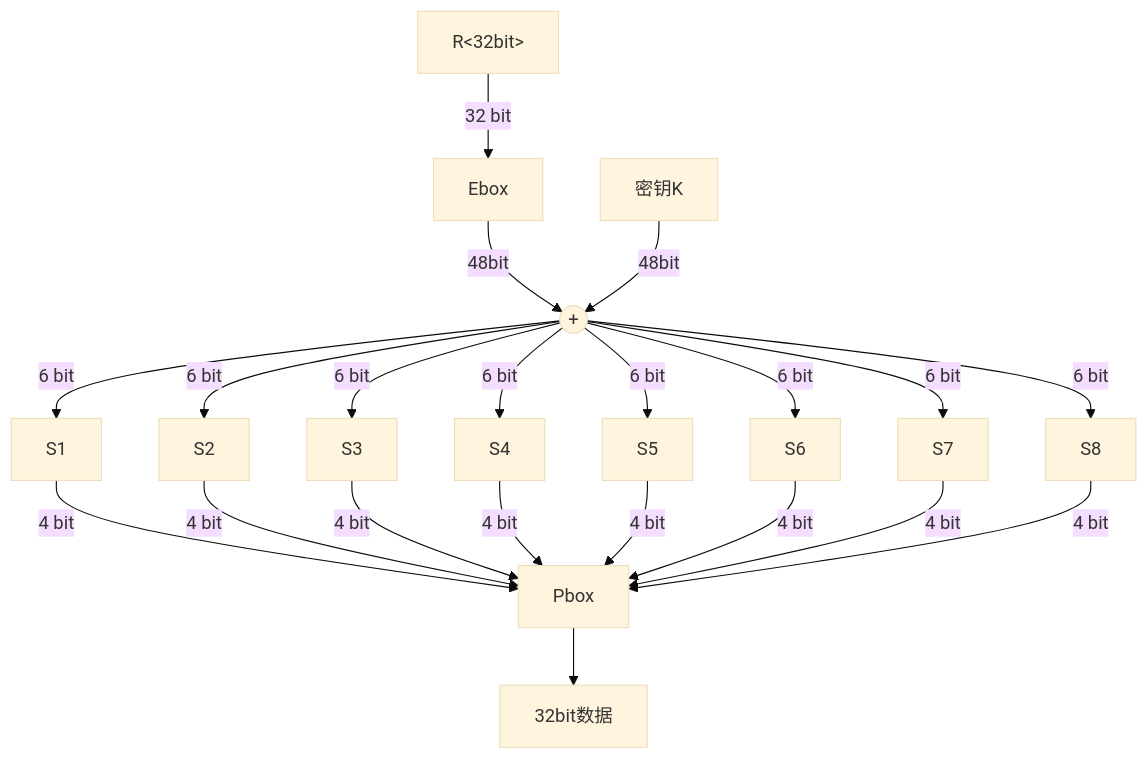
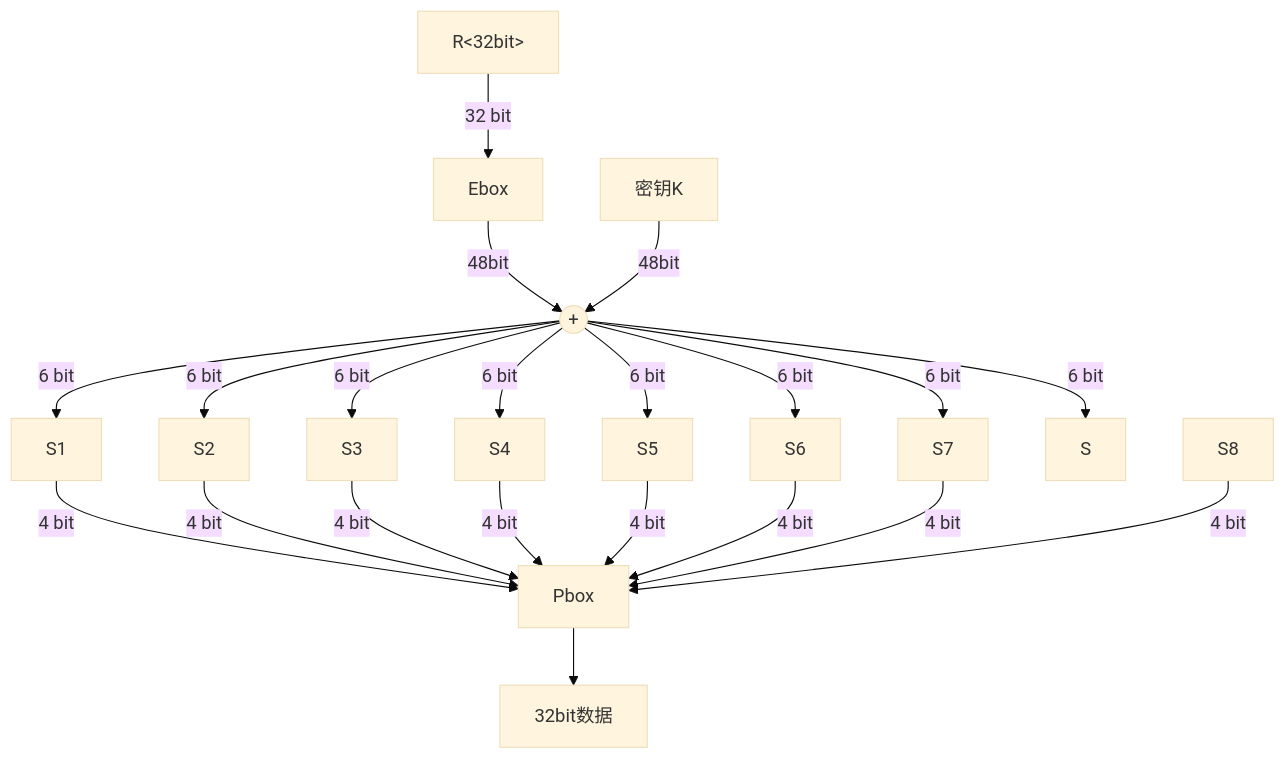
Before and after one commit to ztracer/ztracer.github.io: the second of 2 diagrams in _posts/2024-04-26-cryptography.markdown, drawn with Mermaid (base theme). The commit also changed other lines of this file, not shown here.

Commit message:
crypto1.6

````diff
--- a/_posts/2024-04-26-cryptography.markdown
+++ b/_posts/2024-04-26-cryptography.markdown
@@ -85,28 +92,23 @@
             ```mermaid
             graph TD
             R["R<32bit>"] -->|32 bit| Ebox
-
             Ebox -- 48bit --> +((+))
             密钥K -- 48bit --> +
-
             + -->|6 bit| S1
             + -->|6 bit| S2
             + -->|6 bit| S3
             + -->|6 bit| S4
             + -->|6 bit| S5
             + -->|6 bit| S6
             + -->|6 bit| S7
-            + -->|6 bit| S8
-
+            + -->|6 bit| S
             S1 -->|4 bit| Pbox
             S2 -->|4 bit| Pbox
             S3 -->|4 bit| Pbox
             S4 -->|4 bit| Pbox
             S5 -->|4 bit| Pbox
             S6 -->|4 bit| Pbox
             S7 -->|4 bit| Pbox
             S8 -->|4 bit| Pbox
-
             Pbox --> Result[32bit数据]
-
             ``` 
````
